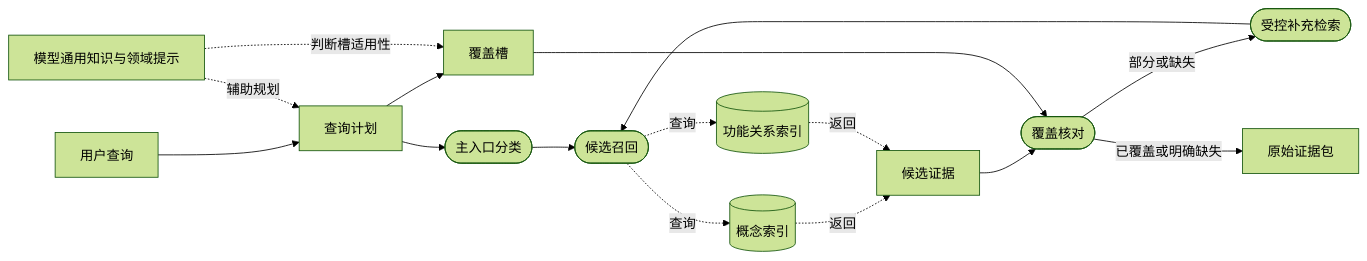
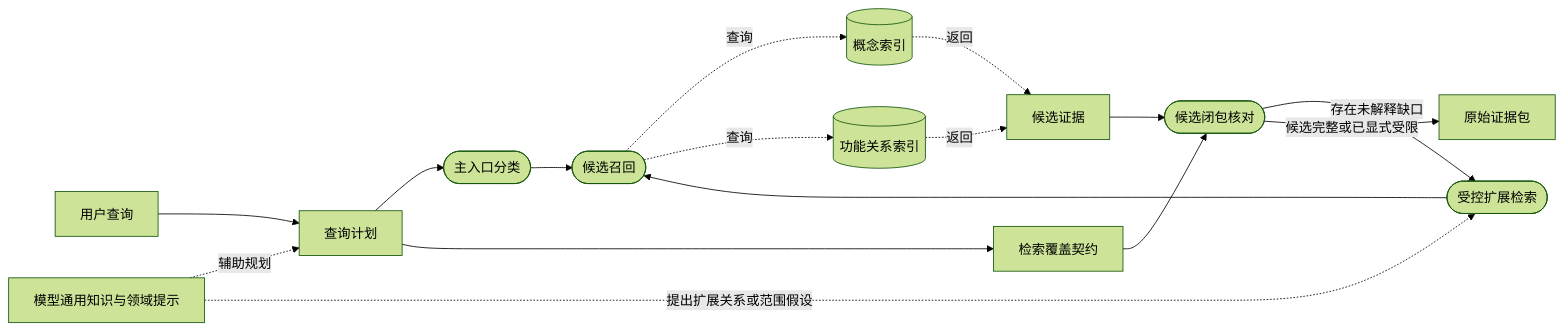
Before and after one commit to lipeidonggz/ai-study-helper-v2: the fourth of 4 diagrams in docs/design/14-dual-entry-concept-function-knowledge-index.md, drawn with Mermaid (forest theme). The commit also changed other lines of this file and 21 other files, not shown here.

````diff
--- a/docs/design/14-dual-entry-concept-function-knowledge-index.md
+++ b/docs/design/14-dual-entry-concept-function-knowledge-index.md
@@ -758,20 +1851,20 @@
 ```mermaid
 flowchart LR
   Q[用户查询] --> P[查询计划]
   M[模型通用知识与领域提示] -. 辅助规划 .-> P
   P --> R([主入口分类])
-  P --> C[覆盖槽]
-  M -. 判断槽适用性 .-> C
+  P --> C[检索覆盖契约]
 
   R --> CR([候选召回])
   CR -. 查询 .-> CI[(概念索引)]
   CR -. 查询 .-> FI[(功能关系索引)]
   CI -. 返回 .-> E[候选证据]
   FI -. 返回 .-> E
 
-  E --> V([覆盖核对])
+  E --> V([候选闭包核对])
   C --> V
-  V -- 部分或缺失 --> G([受控补充检索])
+  V -- 存在未解释缺口 --> G([受控扩展检索])
   G --> CR
-  V -- 已覆盖或明确缺失 --> O[原始证据包]
+  V -- 候选完整或已显式受限 --> O[原始证据包]
+  M -. 提出扩展关系或范围假设 .-> G
 ```
````
